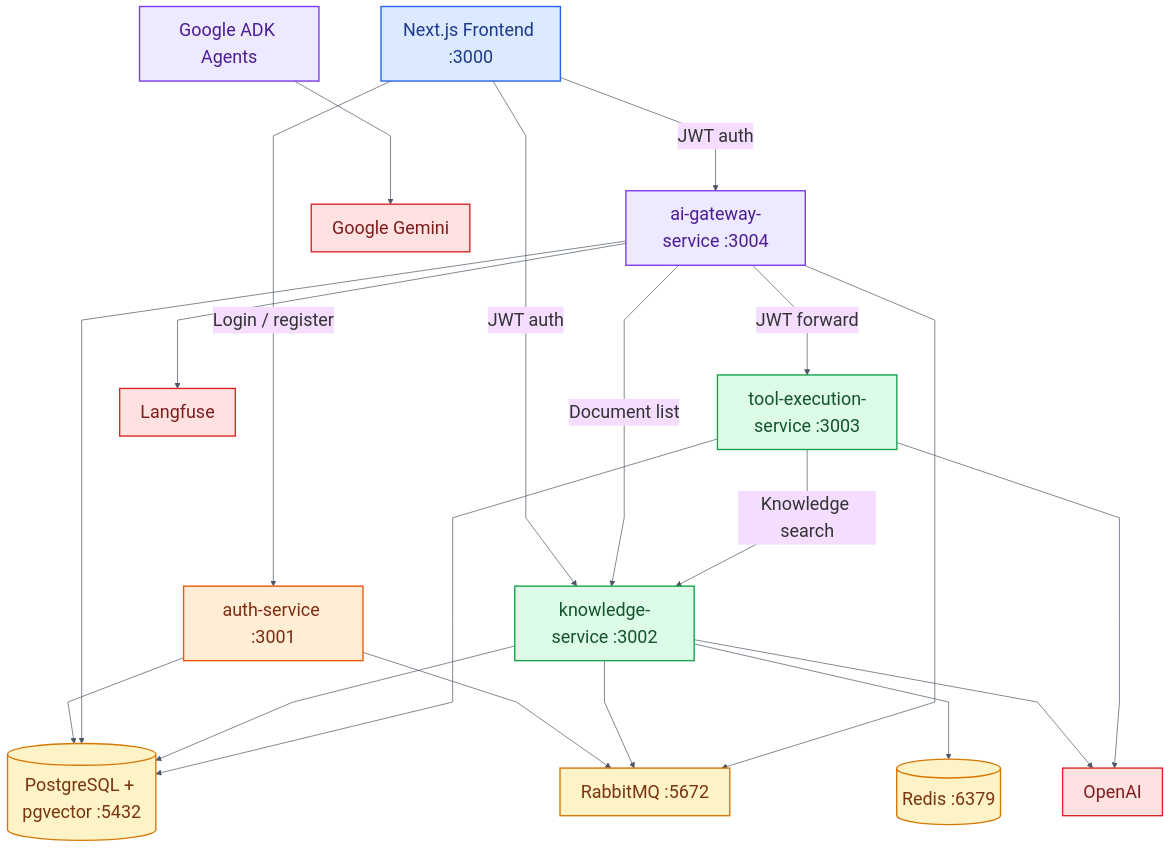
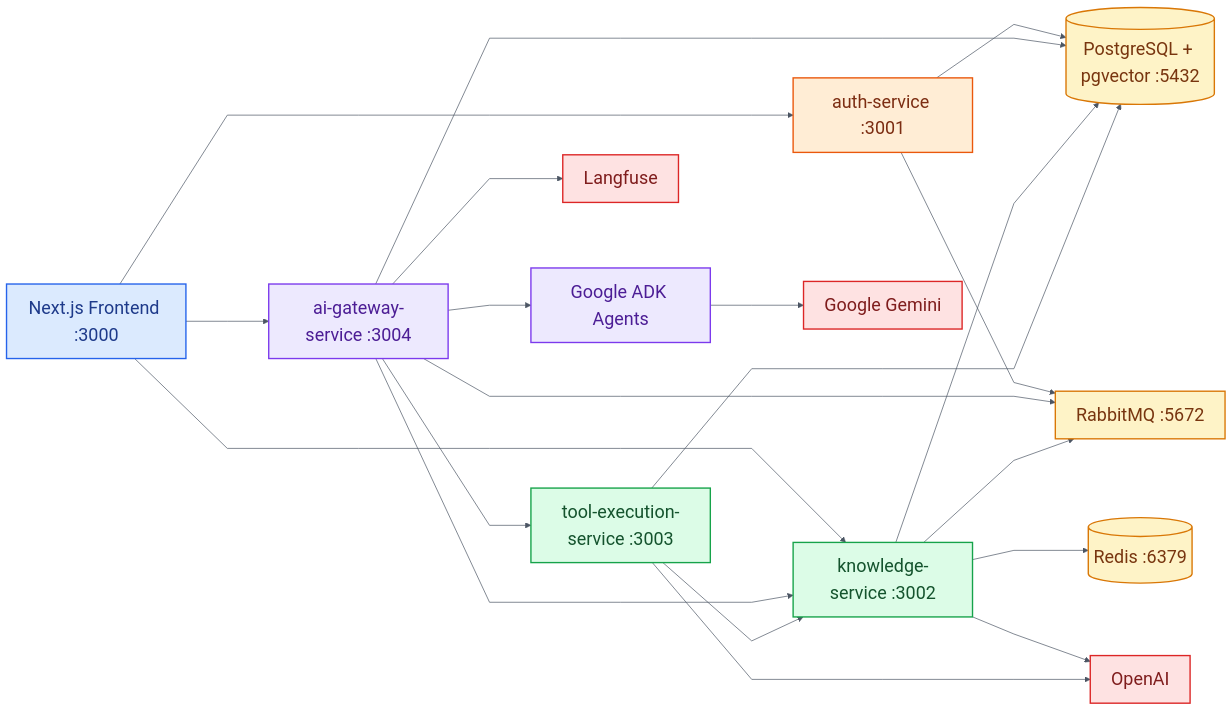
Before and after one commit to Danilka-Akarawita/Assignment: the first of 2 diagrams in README.md, drawn with Mermaid.

Commit message:
modfied the diagram

````diff
--- a/README.md
+++ b/README.md
@@ -34,54 +34,55 @@
 ```mermaid
-%%{init: {'theme':'base','flowchart': {'curve':'linear','nodeSpacing': 90,'rankSpacing': 120},'themeVariables': {'fontFamily':'Arial','fontSize':'26px','lineColor':'#4b5563'}}}%%
-flowchart TB
+%%{init: {'theme':'base','flowchart': {'curve':'linear','nodeSpacing': 95,'rankSpacing': 120},'themeVariables': {'fontFamily':'Arial','fontSize':'26px','lineColor':'#4b5563'}}}%%
+flowchart LR
   FE[Next.js Frontend :3000]
   AUTH[auth-service :3001]
   GW[ai-gateway-service :3004]
-  ADK[Google ADK Agents]
   KNOW[knowledge-service :3002]
   TOOLS[tool-execution-service :3003]
+  ADK[Google ADK Agents]
   PG[(PostgreSQL + pgvector :5432)]
+  RMQ[RabbitMQ :5672]
   REDIS[(Redis :6379)]
-  RMQ[RabbitMQ :5672]
   GEMINI[Google Gemini]
   OPENAI[OpenAI]
   LF[Langfuse]
 
-  FE -->|Login / register| AUTH
-  FE -->|JWT auth| GW
-  FE -->|JWT auth| KNOW
+  FE --> AUTH
+  FE --> GW
+  FE --> KNOW
 
-  GW -->|Document list| KNOW
-  GW -->|JWT forward| TOOLS
-  TOOLS -->|Knowledge search| KNOW
+  GW --> ADK
+  GW --> KNOW
+  GW --> TOOLS
+  TOOLS --> KNOW
 
   AUTH --> PG
   GW --> PG
   KNOW --> PG
   TOOLS --> PG
 
+  AUTH --> RMQ
+  GW --> RMQ
+  KNOW --> RMQ
+
   KNOW --> REDIS
   KNOW --> OPENAI
   TOOLS --> OPENAI
-
-  AUTH --> RMQ
-  KNOW --> RMQ
-  GW --> RMQ
 
   ADK --> GEMINI
   GW --> LF
 
   classDef ui fill:#dbeafe,stroke:#2563eb,color:#1e3a8a,stroke-width:2px;
   classDef auth fill:#ffedd5,stroke:#ea580c,color:#7c2d12,stroke-width:2px;
   classDef gateway fill:#ede9fe,stroke:#7c3aed,color:#4c1d95,stroke-width:2px;
   classDef services fill:#dcfce7,stroke:#16a34a,color:#14532d,stroke-width:2px;
   classDef storage fill:#fef3c7,stroke:#d97706,color:#78350f,stroke-width:2px;
   classDef external fill:#fee2e2,stroke:#dc2626,color:#7f1d1d,stroke-width:2px;
 
   class FE ui;
   class AUTH auth;
   class GW,ADK gateway;
   class KNOW,TOOLS services;
   class PG,REDIS,RMQ storage;
   class GEMINI,OPENAI,LF external;
 ```
````
